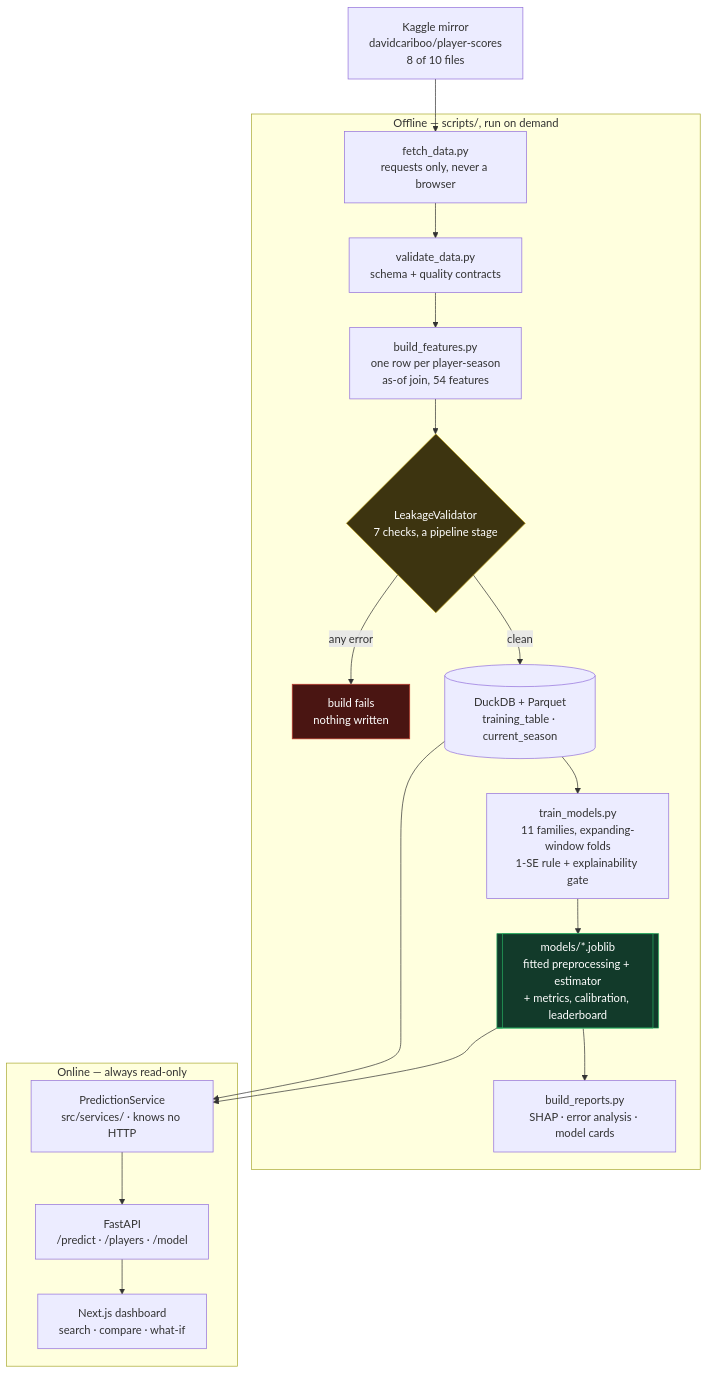
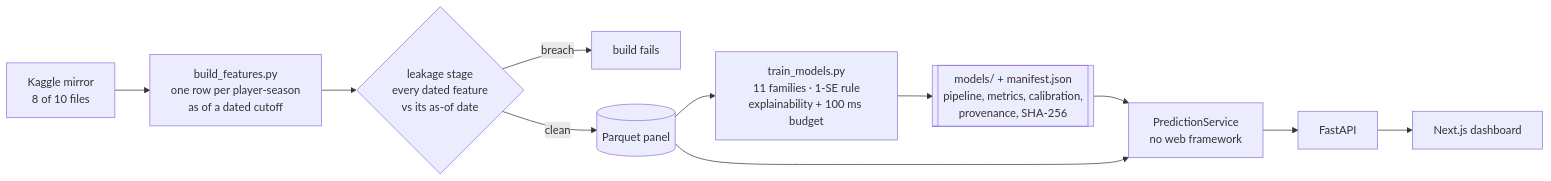
The diagram in README.md (Vanshcloud/Transfer-Value-Predictor), drawn with Mermaid before and after one commit. The commit also changed other lines of this file and 11 other files, not shown here.

````diff
--- a/README.md
+++ b/README.md
@@ -81,26 +75,12 @@
 ```mermaid
-flowchart TD
-    K["Kaggle mirror<br/>davidcariboo/player-scores<br/>8 of 10 files"] --> F
-
-    subgraph OFF ["Offline — scripts/, run on demand"]
-        F["fetch_data.py<br/>requests only, never a browser"] --> V["validate_data.py<br/>schema + quality contracts"]
-        V --> B["build_features.py<br/>one row per player-season<br/>as-of join, 54 features"]
-        B --> L{"LeakageValidator<br/>7 checks, a pipeline stage"}
-        L -- "any error" --> STOP["build fails<br/>nothing written"]
-        L -- "clean" --> T[("DuckDB + Parquet<br/>training_table · current_season")]
-        T --> M["train_models.py<br/>11 families, expanding-window folds<br/>1-SE rule + explainability gate"]
-        M --> A[["models/*.joblib<br/>fitted preprocessing + estimator<br/>+ metrics, calibration, leaderboard"]]
-        A --> R["build_reports.py<br/>SHAP · error analysis · model cards"]
-    end
-
-    subgraph ON ["Online — always read-only"]
-        A --> S["PredictionService<br/>src/services/ · knows no HTTP"]
-        T --> S
-        S --> API["FastAPI<br/>/predict · /players · /model"]
-        API --> UI["Next.js dashboard<br/>search · compare · what-if"]
-    end
-
-    style STOP fill:#4a1512,stroke:#c0392b,color:#fff
-    style L fill:#3d3410,stroke:#b7950b,color:#fff
-    style A fill:#123a2a,stroke:#27ae60,color:#fff
+flowchart LR
+    K["Kaggle mirror<br/>8 of 10 files"] --> B["build_features.py<br/>one row per player-season<br/>as of a dated cutoff"]
+    B --> L{"leakage stage<br/>every dated feature<br/>vs its as-of date"}
+    L -- breach --> X["build fails"]
+    L -- clean --> T[("Parquet panel")]
+    T --> M["train_models.py<br/>11 families · 1-SE rule<br/>explainability + 100 ms budget"]
+    M --> A[["models/ + manifest.json<br/>pipeline, metrics, calibration,<br/>provenance, SHA-256"]]
+    A --> S["PredictionService<br/>no web framework"]
+    T --> S
+    S --> API["FastAPI"] --> UI["Next.js dashboard"]
 ```
````
